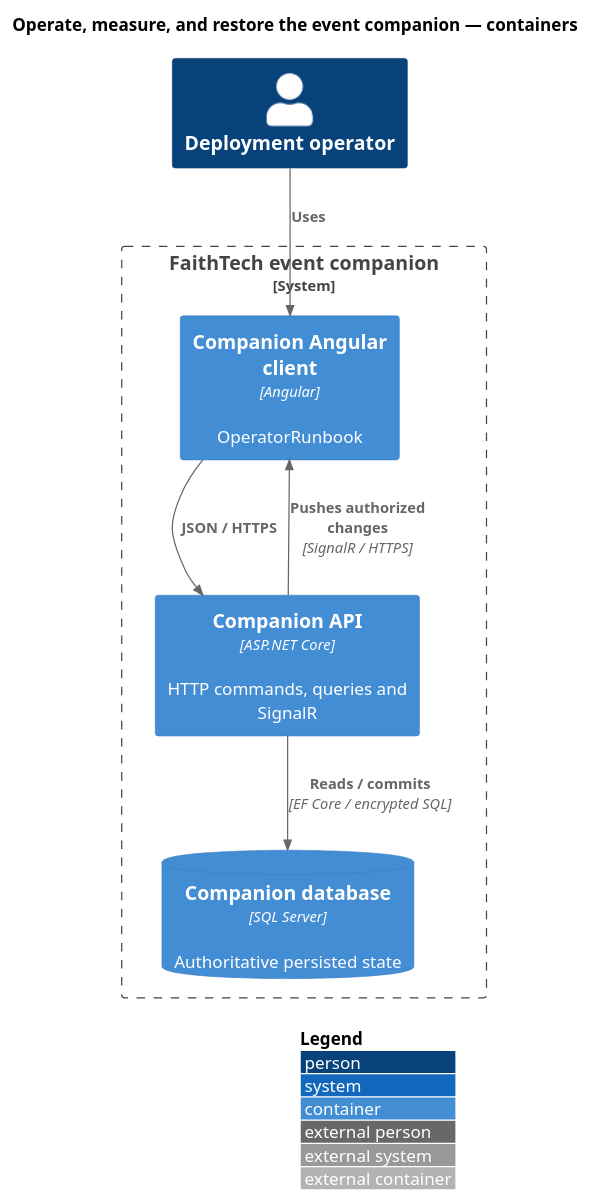
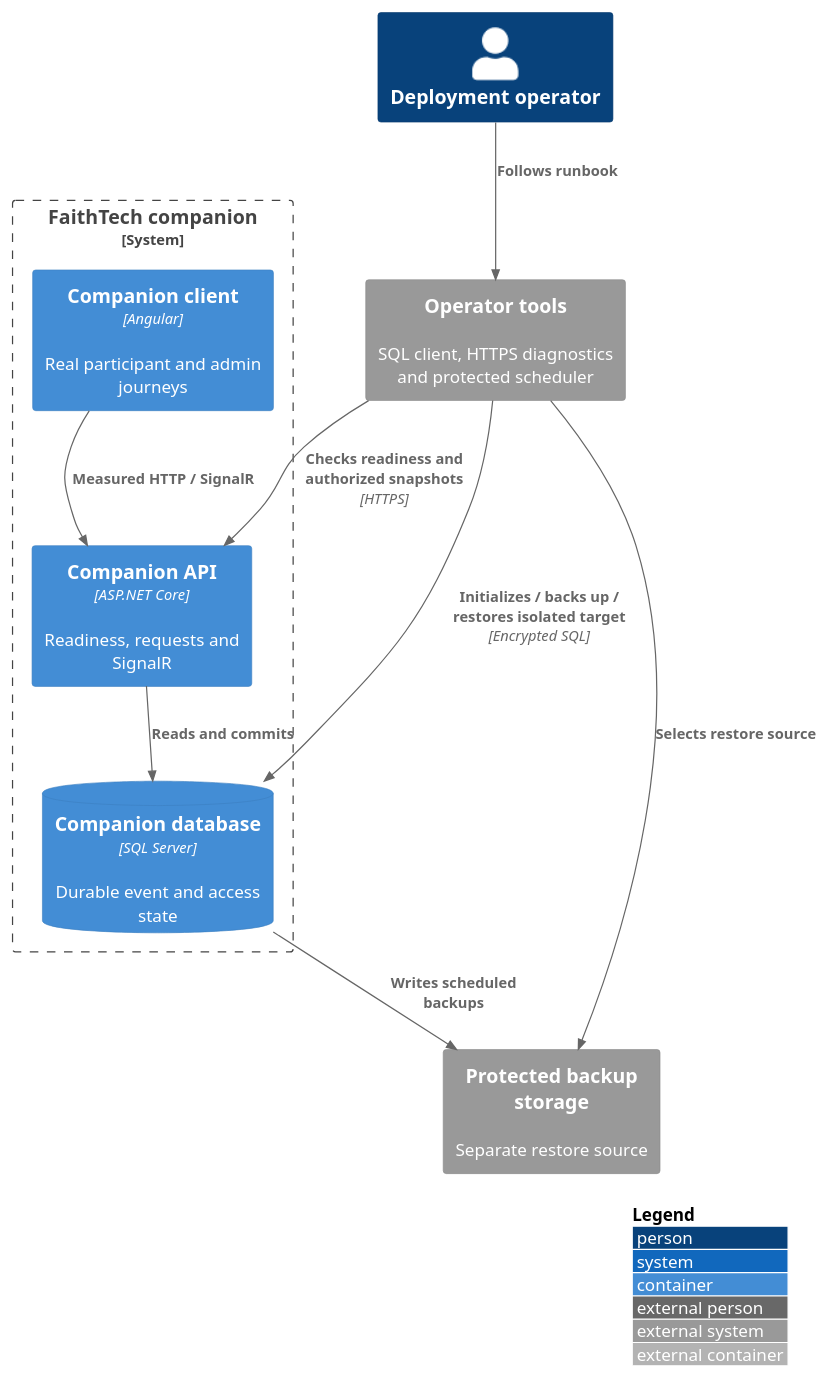
Before and after one commit to QuinntyneBrown/faithtech-toronto-ai-build-event: the diagram in docs/detailed-designs/operations/operate-and-restore/diagrams/c4-container.puml, drawn with PlantUML. The commit also changed 100 other files, not shown here.

Commit message:
docs: complete design coverage and verify rendered architecture

```diff
--- a/docs/detailed-designs/operations/operate-and-restore/diagrams/c4-container.puml
+++ b/docs/detailed-designs/operations/operate-and-restore/diagrams/c4-container.puml
@@ -1,15 +1,20 @@
 @startuml
 !include <C4/C4_Container>
 LAYOUT_WITH_LEGEND()
-title Operate, measure, and restore the event companion — containers
-Person(actor, "Deployment operator")
-System_Boundary(system, "FaithTech event companion") {
-Container(client, "Companion Angular client", "Angular", "OperatorRunbook")
-Container(api, "Companion API", "ASP.NET Core", "HTTP commands, queries and SignalR")
-ContainerDb(db, "Companion database", "SQL Server", "Authoritative persisted state")
+Person(operator, "Deployment operator")
+System_Ext(tools, "Operator tools", "SQL client, HTTPS diagnostics and protected scheduler")
+System_Boundary(companion, "FaithTech companion") {
+Container(app, "Companion client", "Angular", "Real participant and admin journeys")
+Container(api, "Companion API", "ASP.NET Core", "Readiness, requests and SignalR")
+ContainerDb(db, "Companion database", "SQL Server", "Durable event and access state")
 }
-Rel(actor, client, "Uses")
-Rel(client, api, "JSON / HTTPS")
-Rel(api, client, "Pushes authorized changes", "SignalR / HTTPS")
-Rel(api, db, "Reads / commits", "EF Core / encrypted SQL")
+System_Ext(backup, "Protected backup storage", "Separate restore source")
+Rel(operator, tools, "Follows runbook")
+Rel(tools, api, "Checks readiness and authorized snapshots", "HTTPS")
+Rel(tools, db, "Initializes / backs up / restores isolated target", "Encrypted SQL")
+Rel(db, backup, "Writes scheduled backups")
+Rel(tools, backup, "Selects restore source")
+Rel(app, api, "Measured HTTP / SignalR")
+Rel(api, db, "Reads and commits")
+
 @enduml
```
